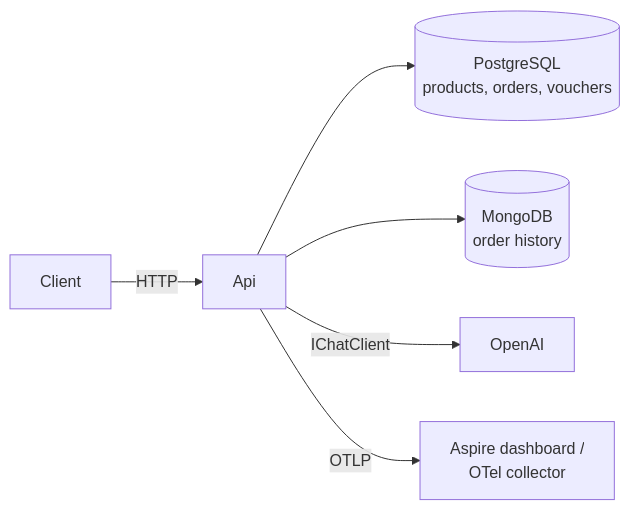
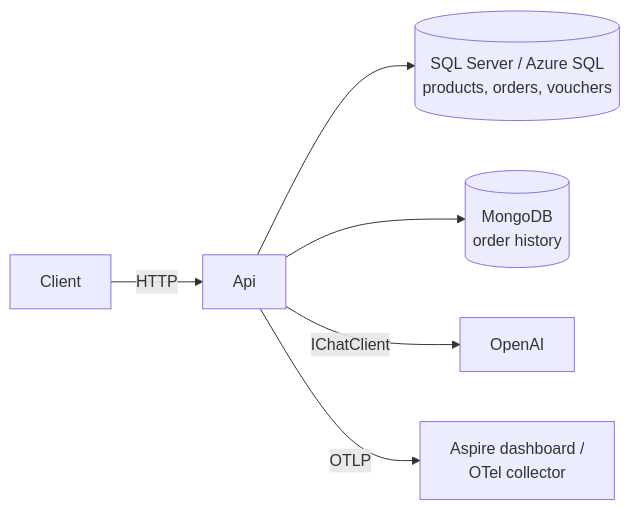
One commit to mgiuseppe/ProductApi_DotNet10 changed the first of 3 diagrams in docs/ARCHITECTURE.md. Above: the diagram before and after it, drawn with Mermaid. The commit also changed other lines of this file and 28 other files, not shown here.

First line of the commit message:
Switch the relational store to SQL Server (Azure SQL) (#2)

````diff
--- a/docs/ARCHITECTURE.md
+++ b/docs/ARCHITECTURE.md
@@ -9,8 +9,8 @@
 ```mermaid
 flowchart LR
   Client -->|HTTP| Api
-  Api --> Postgres[(PostgreSQL<br/>products, orders, vouchers)]
+  Api --> SqlServer[(SQL Server / Azure SQL<br/>products, orders, vouchers)]
   Api --> Mongo[(MongoDB<br/>order history)]
   Api -->|IChatClient| OpenAI
   Api -->|OTLP| Dashboard[Aspire dashboard /<br/>OTel collector]
 ```
````
